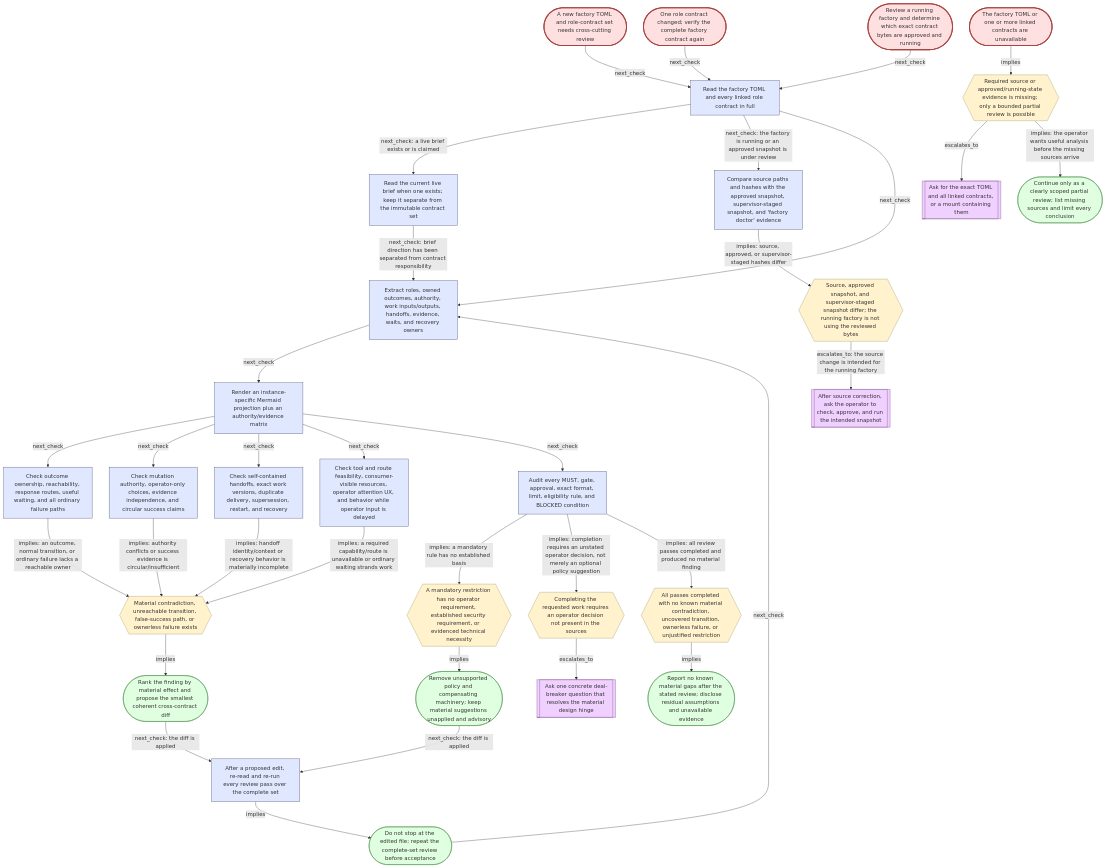
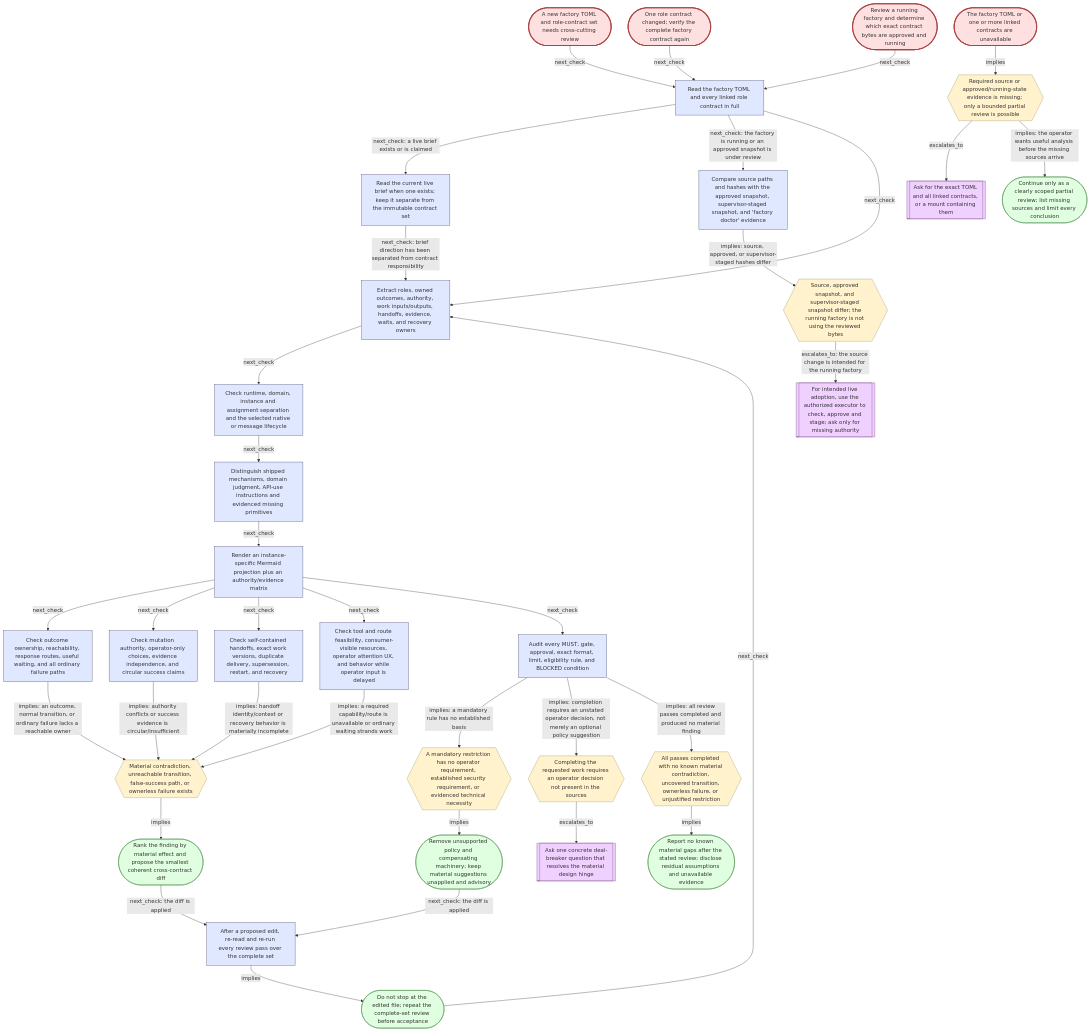
The diagram in cli/src/safeyolo/agent_context/skills/safeyolo-factory/references/graph/contract-review.mmd (craigbalding/safeyolo), drawn with Mermaid before and after one commit. The commit also changed 19 other files, not shown here.

```diff
--- a/cli/src/safeyolo/agent_context/skills/safeyolo-factory/references/graph/contract-review.mmd
+++ b/cli/src/safeyolo/agent_context/skills/safeyolo-factory/references/graph/contract-review.mmd
@@ -1,108 +1,114 @@
 flowchart TD
     %% Auto-generated by scripts/render_skill_graph.py -- do not edit.
 
     classDef symptom fill:#ffe0e0,stroke:#a44
     classDef evidence fill:#e0e8ff,stroke:#446
     classDef classification fill:#fff2cc,stroke:#996
     classDef conclusion fill:#e0ffe0,stroke:#484
     classDef operator_ask fill:#f0d0ff,stroke:#748
 
     sym.review_new_contract_set(["A new factory TOML and role-contract set needs cross-cutting review"])
     sym.review_revised_contract(["One role contract changed; verify the complete factory contract again"])
     sym.review_running_factory(["Review a running factory and determine which exact contract bytes are approved and running"])
     sym.review_partial_sources(["The factory TOML or one or more linked contracts are unavailable"])
     ev.review_load_exact_set["Read the factory TOML and every linked role contract in full"]
     ev.review_load_live_brief["Read the current live brief when one exists; keep it separate from the immutable contract set"]
     ev.review_compare_snapshot["Compare source paths and hashes with the approved snapshot, supervisor-staged snapshot, and 'factory doctor' evidence"]
     ev.review_extract_model["Extract roles, owned outcomes, authority, work inputs/outputs, handoffs, evidence, waits, and recovery owners"]
+    ev.review_instruction_homes["Check runtime, domain, instance and assignment separation and the selected native or message lifecycle"]
+    ev.review_existing_mechanisms["Distinguish shipped mechanisms, domain judgment, API-use instructions and evidenced missing primitives"]
     ev.review_render_projection["Render an instance-specific Mermaid projection plus an authority/evidence matrix"]
     ev.review_outcome_liveness["Check outcome ownership, reachability, response routes, useful waiting, and all ordinary failure paths"]
     ev.review_authority_evidence["Check mutation authority, operator-only choices, evidence independence, and circular success claims"]
     ev.review_handoff_recovery["Check self-contained handoffs, exact work versions, duplicate delivery, supersession, restart, and recovery"]
     ev.review_runtime_operator["Check tool and route feasibility, consumer-visible resources, operator attention UX, and behavior while operator input is delayed"]
     ev.review_restriction_basis["Audit every MUST, gate, approval, exact format, limit, eligibility rule, and BLOCKED condition"]
     ev.review_reread_complete_set["After a proposed edit, re-read and re-run every review pass over the complete set"]
     cls.review_incomplete{{"Required source or approved/running-state evidence is missing; only a bounded partial review is possible"}}
     cls.review_source_snapshot_drift{{"Source, approved snapshot, and supervisor-staged snapshot differ; the running factory is not using the reviewed bytes"}}
     cls.review_material_gap{{"Material contradiction, unreachable transition, false-success path, or ownerless failure exists"}}
     cls.review_unjustified_restriction{{"A mandatory restriction has no operator requirement, established security requirement, or evidenced technical necessity"}}
     cls.review_operator_hinge{{"Completing the requested work requires an operator decision not present in the sources"}}
     cls.review_no_known_material_gap{{"All passes completed with no known material contradiction, uncovered transition, ownerless failure, or unjustified restriction"}}
     con.review_state_partial_scope(["Continue only as a clearly scoped partial review; list missing sources and limit every conclusion"])
     con.review_rank_smallest_diff(["Rank the finding by material effect and propose the smallest coherent cross-contract diff"])
     con.review_remove_or_demote(["Remove unsupported policy and compensating machinery; keep material suggestions unapplied and advisory"])
     con.review_report_bounded_result(["Report no known material gaps after the stated review; disclose residual assumptions and unavailable evidence"])
     con.review_repeat_complete_review(["Do not stop at the edited file; repeat the complete-set review before acceptance"])
     ask.review_provide_sources[["Ask for the exact TOML and all linked contracts, or a mount containing them"]]
     ask.review_resolve_hinge[["Ask one concrete deal-breaker question that resolves the material design hinge"]]
-    ask.review_approve_and_run_snapshot[["After source correction, ask the operator to check, approve, and run the intended snapshot"]]
+    ask.review_approve_and_run_snapshot[["For intended live adoption, use the authorized executor to check, approve and stage; ask only for missing authority"]]
 
     sym.review_new_contract_set -->|"next_check"| ev.review_load_exact_set
     sym.review_revised_contract -->|"next_check"| ev.review_load_exact_set
     sym.review_running_factory -->|"next_check"| ev.review_load_exact_set
     sym.review_partial_sources -->|"implies"| cls.review_incomplete
     cls.review_incomplete -->|"escalates_to"| ask.review_provide_sources
     cls.review_incomplete -->|"implies: the operator wants useful analysis before the missing sources arrive"| con.review_state_partial_scope
     ev.review_load_exact_set -->|"next_check: a live brief exists or is claimed"| ev.review_load_live_brief
     ev.review_load_exact_set -->|"next_check: the factory is running or an approved snapshot is under review"| ev.review_compare_snapshot
     ev.review_load_live_brief -->|"next_check: brief direction has been separated from contract responsibility"| ev.review_extract_model
     ev.review_compare_snapshot -->|"implies: source, approved, or supervisor-staged hashes differ"| cls.review_source_snapshot_drift
     cls.review_source_snapshot_drift -->|"escalates_to: the source change is intended for the running factory"| ask.review_approve_and_run_snapshot
     ev.review_load_exact_set -->|"next_check"| ev.review_extract_model
-    ev.review_extract_model -->|"next_check"| ev.review_render_projection
+    ev.review_extract_model -->|"next_check"| ev.review_instruction_homes
+    ev.review_instruction_homes -->|"next_check"| ev.review_existing_mechanisms
+    ev.review_existing_mechanisms -->|"next_check"| ev.review_render_projection
     ev.review_render_projection -->|"next_check"| ev.review_outcome_liveness
     ev.review_render_projection -->|"next_check"| ev.review_authority_evidence
     ev.review_render_projection -->|"next_check"| ev.review_handoff_recovery
     ev.review_render_projection -->|"next_check"| ev.review_runtime_operator
     ev.review_render_projection -->|"next_check"| ev.review_restriction_basis
     ev.review_outcome_liveness -->|"implies: an outcome, normal transition, or ordinary failure lacks a reachable owner"| cls.review_material_gap
     ev.review_authority_evidence -->|"implies: authority conflicts or success evidence is circular/insufficient"| cls.review_material_gap
     ev.review_handoff_recovery -->|"implies: handoff identity/context or recovery behavior is materially incomplete"| cls.review_material_gap
     ev.review_runtime_operator -->|"implies: a required capability/route is unavailable or ordinary waiting strands work"| cls.review_material_gap
     ev.review_restriction_basis -->|"implies: a mandatory rule has no established basis"| cls.review_unjustified_restriction
     ev.review_restriction_basis -->|"implies: completion requires an unstated operator decision, not merely an optional policy suggestion"| cls.review_operator_hinge
     cls.review_material_gap -->|"implies"| con.review_rank_smallest_diff
     cls.review_unjustified_restriction -->|"implies"| con.review_remove_or_demote
     cls.review_operator_hinge -->|"escalates_to"| ask.review_resolve_hinge
     con.review_rank_smallest_diff -->|"next_check: the diff is applied"| ev.review_reread_complete_set
     con.review_remove_or_demote -->|"next_check: the diff is applied"| ev.review_reread_complete_set
     ev.review_reread_complete_set -->|"implies"| con.review_repeat_complete_review
     con.review_repeat_complete_review -->|"next_check"| ev.review_extract_model
     ev.review_restriction_basis -->|"implies: all review passes completed and produced no material finding"| cls.review_no_known_material_gap
     cls.review_no_known_material_gap -->|"implies"| con.review_report_bounded_result
 
     class sym.review_new_contract_set symptom
     class sym.review_revised_contract symptom
     class sym.review_running_factory symptom
     class sym.review_partial_sources symptom
     class ev.review_load_exact_set evidence
     class ev.review_load_live_brief evidence
     class ev.review_compare_snapshot evidence
     class ev.review_extract_model evidence
+    class ev.review_instruction_homes evidence
+    class ev.review_existing_mechanisms evidence
     class ev.review_render_projection evidence
     class ev.review_outcome_liveness evidence
     class ev.review_authority_evidence evidence
     class ev.review_handoff_recovery evidence
     class ev.review_runtime_operator evidence
     class ev.review_restriction_basis evidence
     class ev.review_reread_complete_set evidence
     class cls.review_incomplete classification
     class cls.review_source_snapshot_drift classification
     class cls.review_material_gap classification
     class cls.review_unjustified_restriction classification
     class cls.review_operator_hinge classification
     class cls.review_no_known_material_gap classification
     class con.review_state_partial_scope conclusion
     class con.review_rank_smallest_diff conclusion
     class con.review_remove_or_demote conclusion
     class con.review_report_bounded_result conclusion
     class con.review_repeat_complete_review conclusion
     class ask.review_provide_sources operator_ask
     class ask.review_resolve_hinge operator_ask
     class ask.review_approve_and_run_snapshot operator_ask
 
     %% Entry symptoms (bind an observed symptom here)
     style sym.review_new_contract_set stroke-width:3px
     style sym.review_revised_contract stroke-width:3px
     style sym.review_running_factory stroke-width:3px
     style sym.review_partial_sources stroke-width:3px
```
